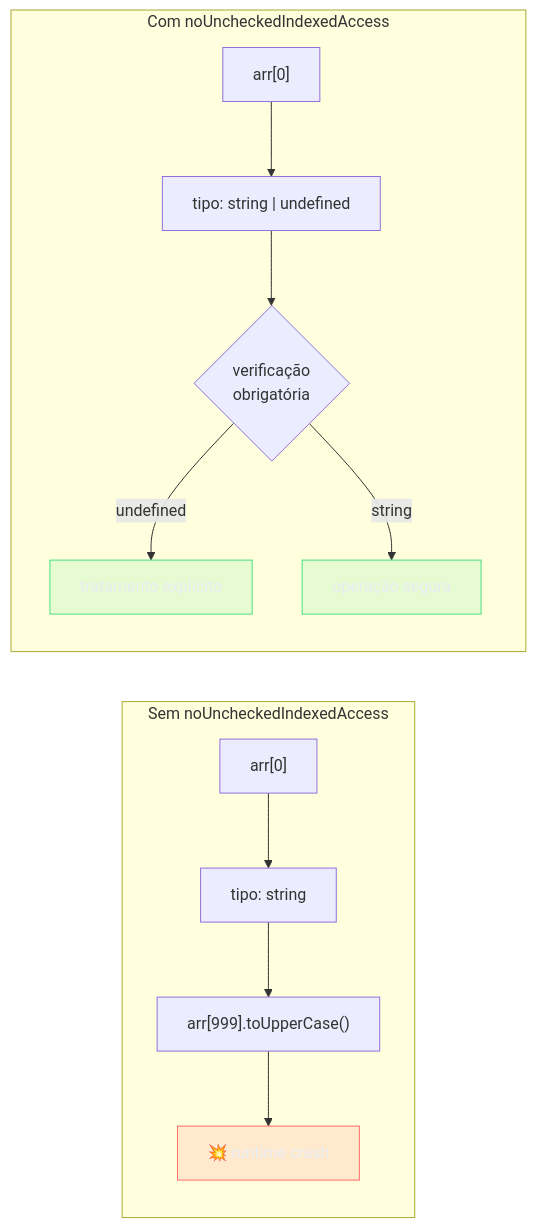
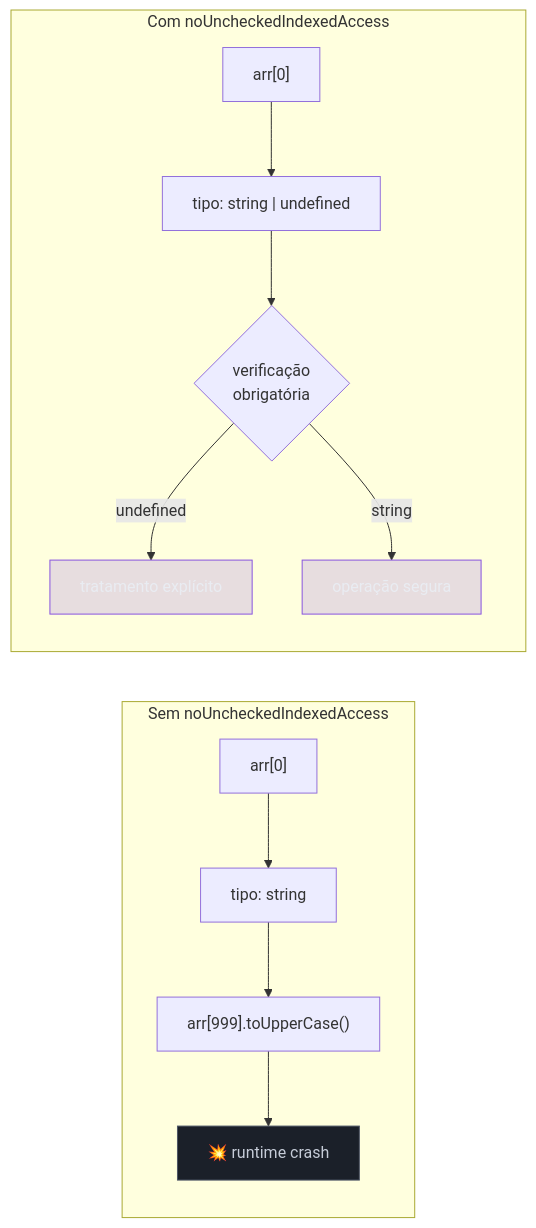
The fourth of 5 diagrams in 03-Dominios/Tecnologia/TypeScript/05 - strictNullChecks - null, undefined e optional.md (josenaldo/codex-technomanticus), drawn with Mermaid before and after one commit. The commit also changed other lines of this file and 601 other files, not shown here.

````diff
--- a/03-Dominios/Tecnologia/TypeScript/05 - strictNullChecks - null, undefined e optional.md
+++ b/03-Dominios/Tecnologia/TypeScript/05 - strictNullChecks - null, undefined e optional.md
@@ -345,21 +345,21 @@
 ```mermaid
 flowchart LR
-    classDef falha fill:#FF6B6B24,stroke:#FF6B6B,color:#E9ECF2
-    classDef ok fill:#4ADE8021,stroke:#4ADE80,color:#E9ECF2
+    classDef marca fill:#8855DF33,stroke:#8855DF,color:#E9ECF2
+    classDef neutro fill:#1B2029,stroke:#4E5666,color:#C6CCD8
     subgraph SEM["Sem noUncheckedIndexedAccess"]
         A1["arr[0]"] --> B1["tipo: string"]
         B1 --> C1["arr[999].toUpperCase()"]
         C1 --> D1["💥 runtime crash"]
     end
 
     subgraph COM["Com noUncheckedIndexedAccess"]
         A2["arr[0]"] --> B2["tipo: string | undefined"]
         B2 --> C2{"verificação\nobrigatória"}
         C2 -->|"undefined"| D2["tratamento explícito"]
         C2 -->|"string"| E2["operação segura"]
     end
 
-    class D1 falha
-    class D2 ok
-    class E2 ok
+    class D1 neutro
+    class D2 marca
+    class E2 marca
 ```
````
